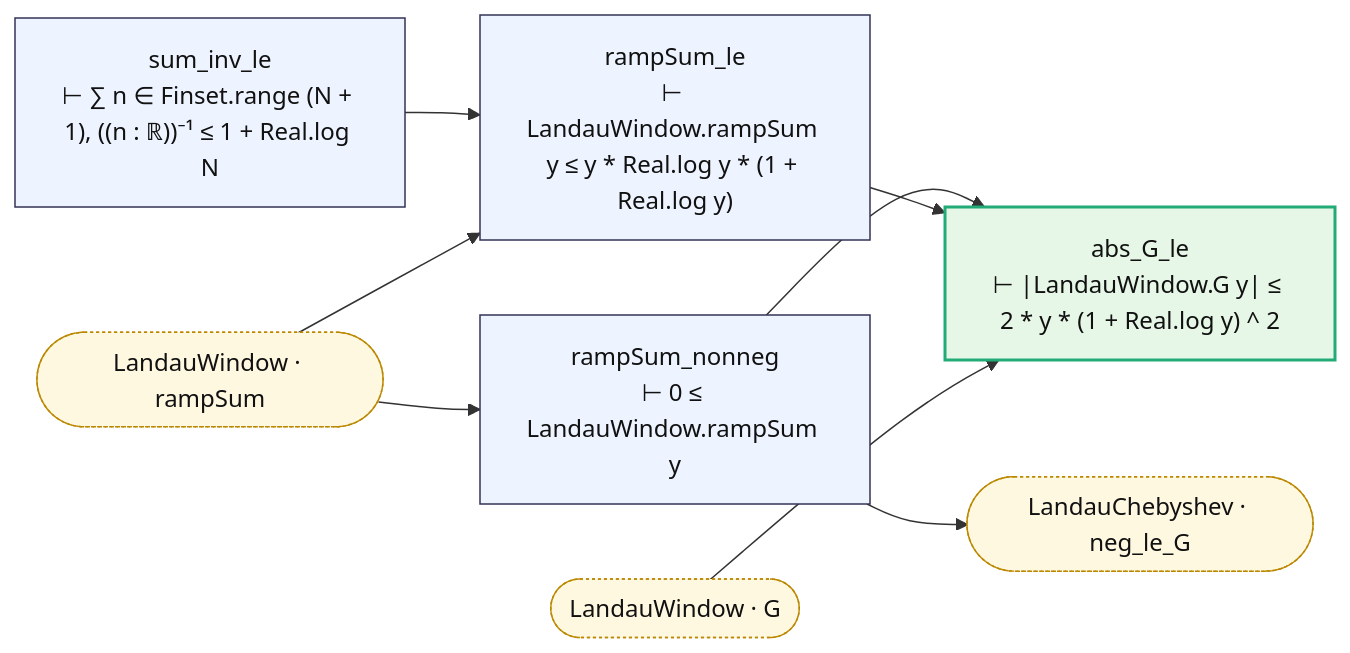
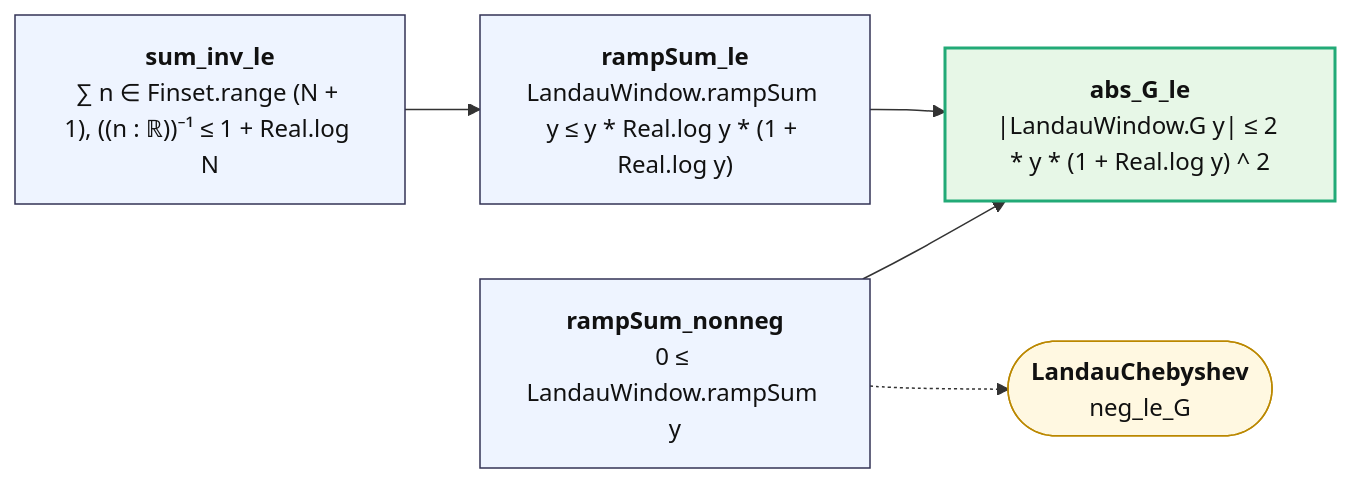
The diagram in map/lean_stage3/LandauCrude.md (juliansambranojr/Primebeat_081426), drawn with Mermaid before and after one commit. The commit also changed other lines of this file and 387 other files, not shown here.

````diff
--- a/map/lean_stage3/LandauCrude.md
+++ b/map/lean_stage3/LandauCrude.md
@@ -8,23 +12,17 @@
 ```mermaid
 flowchart LR
-  n0["rampSum_nonneg<br/>⊢ 0 ≤ LandauWindow.rampSum y"]:::thm
-  n1["sum_inv_le<br/>⊢ ∑ n ∈ Finset.range (N + 1), ((n : ℝ))⁻¹ ≤ 1 + Real.log N"]:::thm
-  n2["rampSum_le<br/>⊢ LandauWindow.rampSum y ≤ y * Real.log y * (1 + Real.log y)"]:::thm
-  n3["abs_G_le<br/>⊢ |LandauWindow.G y| ≤ 2 * y * (1 + Real.log y) ^ 2"]:::end_
-  x0(["LandauChebyshev · neg_le_G"]):::ext
-  x1(["LandauWindow · G"]):::ext
-  x2(["LandauWindow · rampSum"]):::ext
+  n0["<b>rampSum_nonneg</b><br/>0 ≤ LandauWindow.rampSum y"]:::thm
+  n1["<b>sum_inv_le</b><br/>∑ n ∈ Finset.range (N + 1), ((n : ℝ))⁻¹ ≤ 1 + Real.log N"]:::thm
+  n2["<b>rampSum_le</b><br/>LandauWindow.rampSum y ≤ y * Real.log y * (1 + Real.log y)"]:::thm
+  n3["<b>abs_G_le</b><br/>|LandauWindow.G y| ≤ 2 * y * (1 + Real.log y) ^ 2"]:::end_
+  x0(["<b>LandauChebyshev</b><br/>neg_le_G"]):::ext
   n0 --> n3
-  n0 --> x0
   n1 --> n2
   n2 --> n3
-  x1 --> n3
-  x2 --> n0
-  x2 --> n2
+  n0 -.-> x0
   classDef thm fill:#eef4ff,stroke:#335,color:#111
-  classDef dfn fill:#f2f2f2,stroke:#777,color:#111
   classDef end_ fill:#e7f7e7,stroke:#2a7,color:#111,stroke-width:2px
   classDef lone fill:#fff,stroke:#999,color:#111,stroke-dasharray:4 3
   classDef bad fill:#ffe5e5,stroke:#c22,color:#111,stroke-width:2px
-  classDef ext fill:#fff8e1,stroke:#b80,color:#111,stroke-dasharray:2 2
+  classDef ext fill:#fff8e1,stroke:#b80,color:#111
 ```
````
